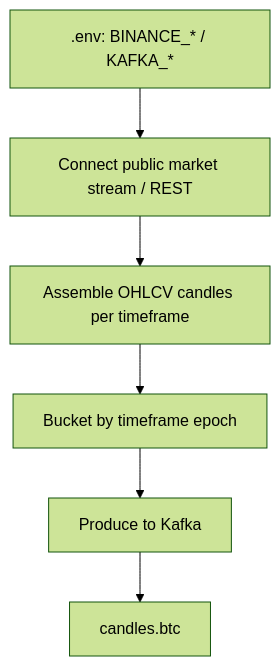
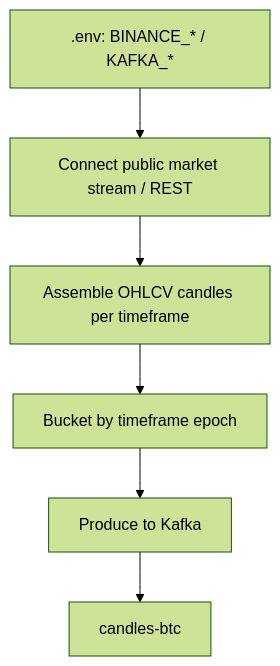
One commit to shehan-jayasinghe/ai_trading_bots changed the first of 2 diagrams in docs/architecture/binance/producer/binance-time-series-kafka.md. Above: the diagram before and after it, drawn with Mermaid (forest theme). The commit also changed other lines of this file and 9 other files, not shown here.

````diff
--- a/docs/architecture/binance/producer/binance-time-series-kafka.md
+++ b/docs/architecture/binance/producer/binance-time-series-kafka.md
@@ -15,11 +15,11 @@
 ```mermaid
 flowchart TD
   E[.env: BINANCE_* / KAFKA_*]
   A[Connect public market stream / REST]
   F[Assemble OHLCV candles per timeframe]
   B[Bucket by timeframe epoch]
   K[Produce to Kafka]
 
   E --> A --> F --> B --> K
-  K --> C[candles.btc]
+  K --> C[candles-btc]
 ```
````
